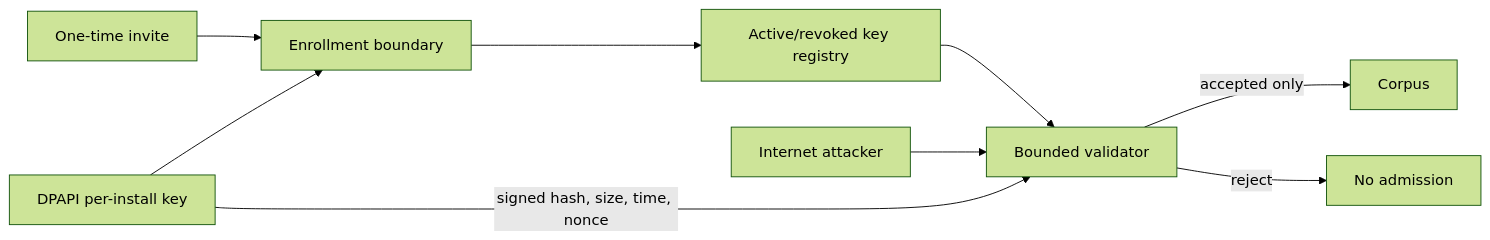
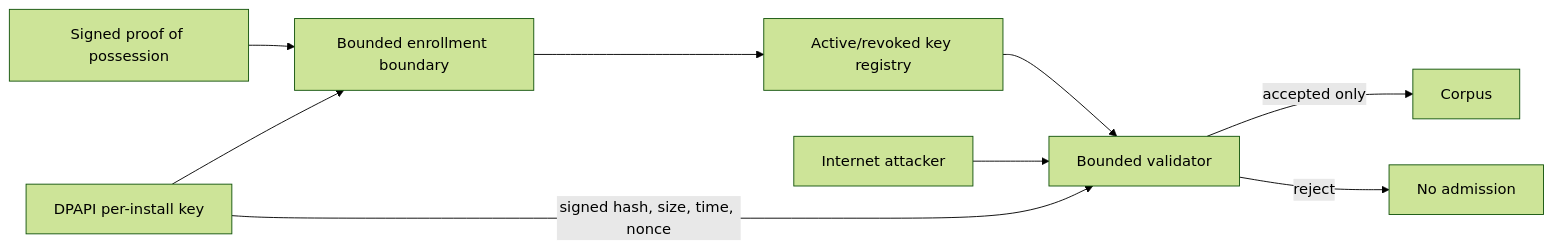
One commit to Arderos/msfs24-landing-stats changed the third of 3 diagrams in security/hardening/2026-08-05-distribution/proposals/telemetry-ingress-trust.md. Above: the diagram before and after it, drawn with Mermaid (forest theme). The commit also changed other lines of this file and 27 other files, not shown here.

````diff
--- a/security/hardening/2026-08-05-distribution/proposals/telemetry-ingress-trust.md
+++ b/security/hardening/2026-08-05-distribution/proposals/telemetry-ingress-trust.md
@@ -70,11 +70,11 @@
 ```mermaid
 flowchart LR
-  I["One-time invite"] --> E["Enrollment boundary"]
+  I["Signed proof of possession"] --> E["Bounded enrollment boundary"]
   U["DPAPI per-install key"] --> E
   U -->|"signed hash, size, time, nonce"| V["Bounded validator"]
   E --> R["Active/revoked key registry"]
   R --> V
   A["Internet attacker"] --> V
   V -->|"accepted only"| C["Corpus"]
   V -->|"reject"| X["No admission"]
 ```
````
